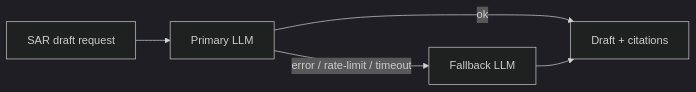
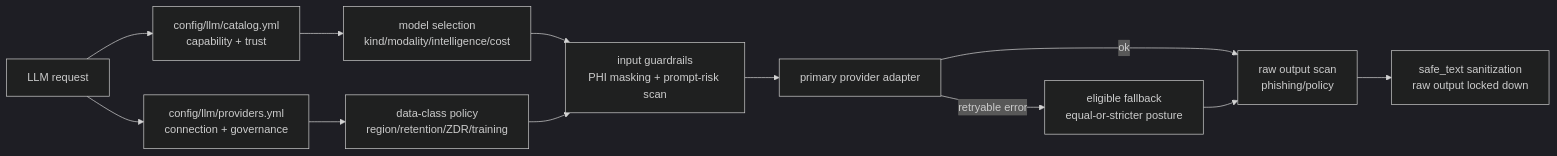
Before and after one commit to Kartik-Hirijaganer/FraudLens: the sixth of 8 diagrams in docs/architecture/ARCHITECTURE.md, drawn with Mermaid (dark theme). The commit also changed other lines of this file and 36 other files, not shown here.

````diff
--- a/docs/architecture/ARCHITECTURE.md
+++ b/docs/architecture/ARCHITECTURE.md
@@ -118,7 +118,14 @@
 ```mermaid
 graph LR
-    req["SAR draft request"] --> primary["Primary LLM"]
-    primary -->|ok| out["Draft + citations"]
-    primary -->|error / rate-limit / timeout| fallback["Fallback LLM"]
-    fallback --> out
+    req["LLM request"] --> catalog["config/llm/catalog.yml<br/>capability + trust"]
+    req --> providers["config/llm/providers.yml<br/>connection + governance"]
+    catalog --> select["model selection<br/>kind/modality/intelligence/cost"]
+    providers --> policy["data-class policy<br/>region/retention/ZDR/training"]
+    select --> guardrails["input guardrails<br/>PHI masking + prompt-risk scan"]
+    policy --> guardrails
+    guardrails --> primary["primary provider adapter"]
+    primary -->|retryable error| fallback["eligible fallback<br/>equal-or-stricter posture"]
+    primary -->|ok| output["raw output scan<br/>phishing/policy"]
+    fallback --> output
+    output --> sanitize["safe_text sanitization<br/>raw output locked down"]
 ```
````
